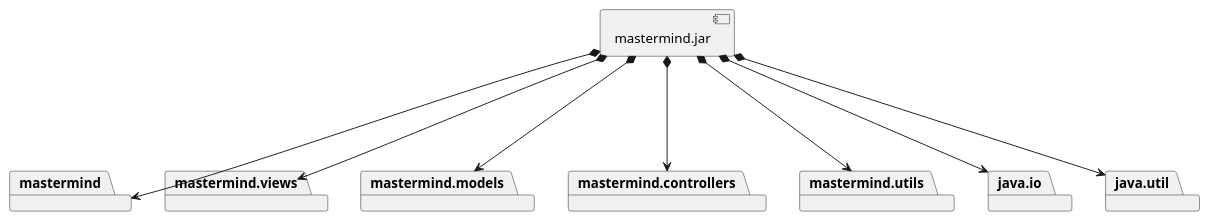
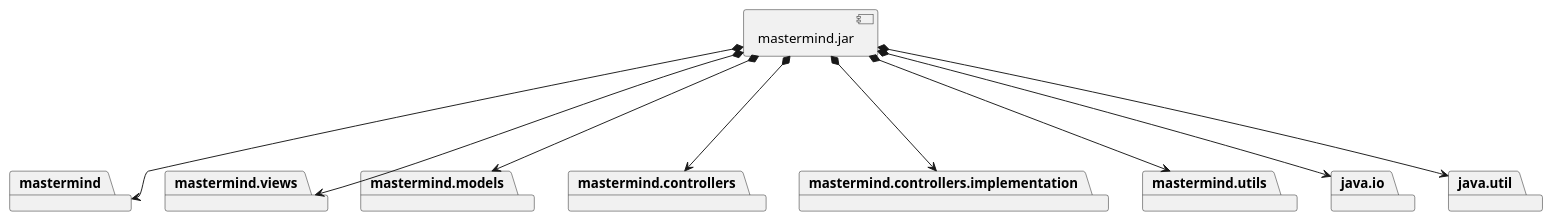
One commit to TheMercuryBeat/MasterMind changed the first of 3 diagrams in docs/uml/MasterMindDevelopment.puml. Above: the diagram before and after it, drawn with PlantUML. The commit also changed other lines of this file and 15 other files, not shown here.

Commit message:
[uml] Update uml diagrams

```diff
--- a/docs/uml/MasterMindDevelopment.puml
+++ b/docs/uml/MasterMindDevelopment.puml
@@ -1,27 +1,30 @@
 @startuml
 
 package "  "  as mastermind {
 }
 package "  "  as mastermind.views {
 }
 package "  "  as mastermind.models {
 }
 package "  "  as mastermind.controllers {
+}
+package "  "  as mastermind.controllers.implementation {
 }
 package "  "  as mastermind.utils {
 }
 package "  "  as java.io {
 }
 package "  "  as java.util {
 }
 
 [mastermind.jar]
 mastermind.jar *---> mastermind
 mastermind.jar *---> mastermind.models
 mastermind.jar *---> mastermind.views
 mastermind.jar *---> mastermind.controllers
+mastermind.jar *---> mastermind.controllers.implementation
 mastermind.jar *---> mastermind.utils
 mastermind.jar *---> java.io
 mastermind.jar *---> java.util
 
 @enduml
```
